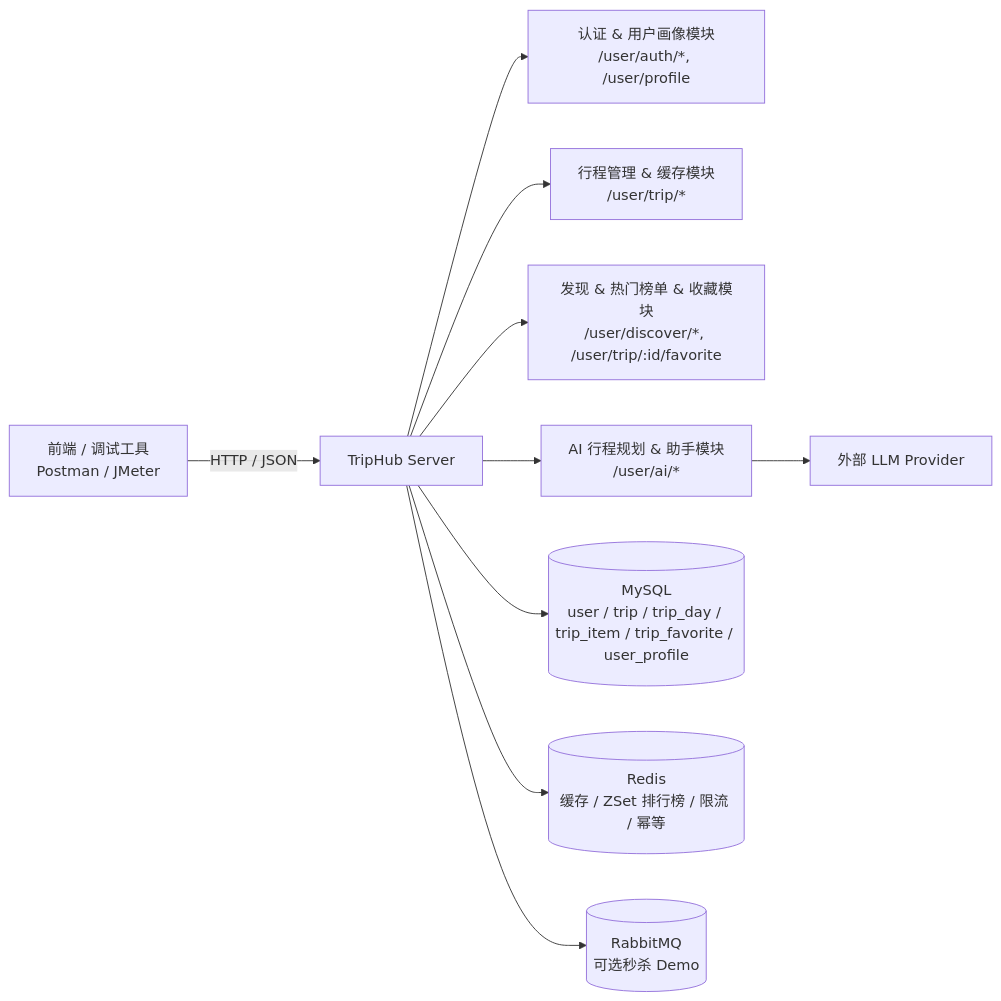
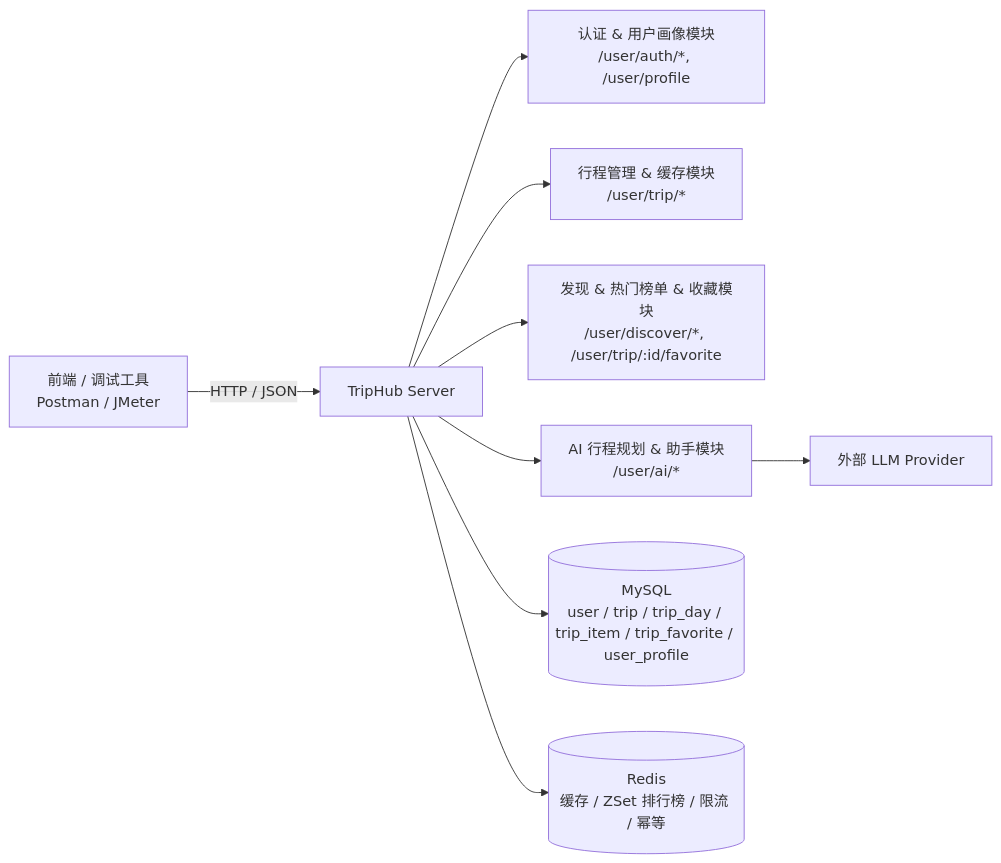
The first of 2 diagrams in 项目介绍.md (1999t/triphub), drawn with Mermaid before and after one commit. The commit also changed other lines of this file and 6 other files, not shown here.

````diff
--- a/项目介绍.md
+++ b/项目介绍.md
@@ -226,15 +172,14 @@
 ```mermaid
 graph LR
   Client[前端 / 调试工具<br/>Postman / JMeter] -->|HTTP / JSON| API[TripHub Server]
 
   API --> Auth[认证 & 用户画像模块<br/>/user/auth/*, /user/profile]
   API --> Trip[行程管理 & 缓存模块<br/>/user/trip/*]
   API --> Discover[发现 & 热门榜单 & 收藏模块<br/>/user/discover/*, /user/trip/:id/favorite]
   API --> AI[AI 行程规划 & 助手模块<br/>/user/ai/*]
 
   API --> MySQL[(MySQL<br/>user / trip / trip_day / trip_item / trip_favorite / user_profile)]
   API --> Redis[(Redis<br/>缓存 / ZSet 排行榜 / 限流 / 幂等)]
-  API --> MQ[(RabbitMQ<br/>可选秒杀 Demo)]
 
   AI --> LLM[外部 LLM Provider]
 ```
````
